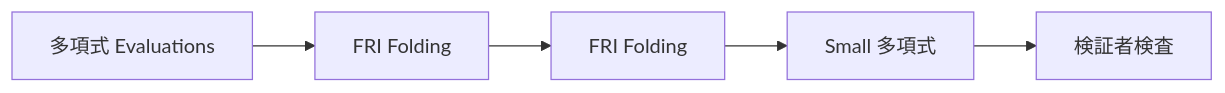
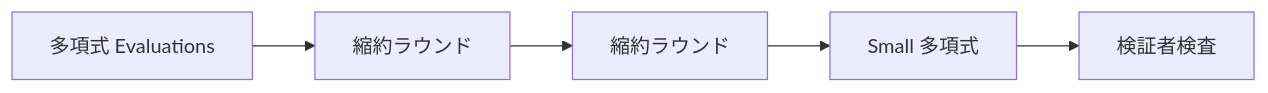
One commit to ShigeichiroYamasaki/creator-first-platform changed diagram 14 of 43 in docs/whitepaper/09-technology.md. Above: the diagram before and after it, drawn with Mermaid. The commit also changed other lines of this file and 42 other files, not shown here.

Commit message:
Design production service architecture

````diff
--- a/docs/whitepaper/09-technology.md
+++ b/docs/whitepaper/09-technology.md
@@ -620,10 +612,10 @@
 ```mermaid
 flowchart LR
     POLY[多項式 Evaluations]
-    FOLD1[FRI Folding]
-    FOLD2[FRI Folding]
+    ROUND1[縮約ラウンド]
+    ROUND2[縮約ラウンド]
     SMALL[Small 多項式]
     CHECK[検証者検査]
 
-    POLY --> FOLD1 --> FOLD2 --> SMALL --> CHECK
+    POLY --> ROUND1 --> ROUND2 --> SMALL --> CHECK
 ```
````
